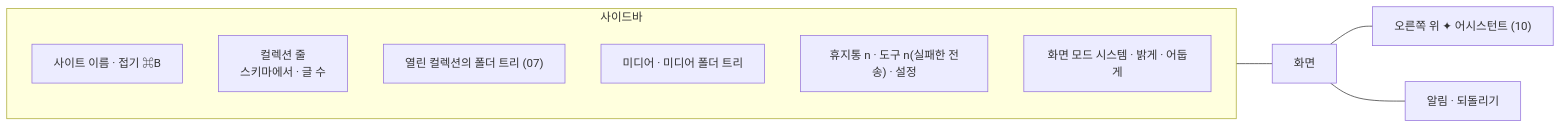
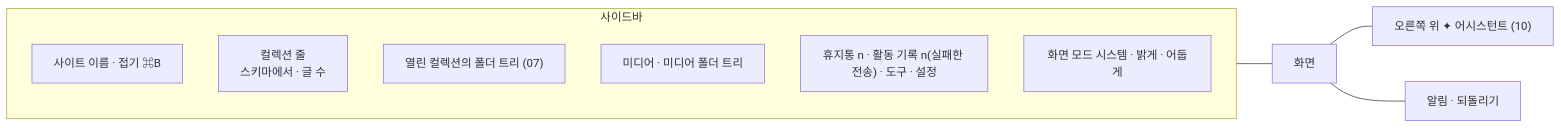
Before and after one commit to monti-cms/monti: the second of 2 diagrams in docs/design/features/15-login-and-frame.md, drawn with Mermaid. The commit also changed other lines of this file and 20 other files, not shown here.

First line of the commit message:
docs(admin): the activity log's own map, and the maps and flows that showed it as a tab

````diff
--- a/docs/design/features/15-login-and-frame.md
+++ b/docs/design/features/15-login-and-frame.md
@@ -50,17 +50,17 @@
 ```mermaid
 flowchart LR
   subgraph SIDEBAR["사이드바"]
     H["사이트 이름 · 접기 ⌘B"]
     C["컬렉션 줄<br/>스키마에서 · 글 수"]
     T["열린 컬렉션의 폴더 트리 (07)"]
     MD["미디어 · 미디어 폴더 트리"]
-    F["휴지통 n · 도구 n(실패한 전송) · 설정"]
+    F["휴지통 n · 활동 기록 n(실패한 전송) · 도구 · 설정"]
     TH["화면 모드 시스템 · 밝게 · 어둡게"]
   end
   MAIN["화면"]
   SPARK["오른쪽 위 ✦ 어시스턴트 (10)"]
   TOAST["알림 · 되돌리기"]
   SIDEBAR --- MAIN
   MAIN --- SPARK
   MAIN --- TOAST
 ```
````
